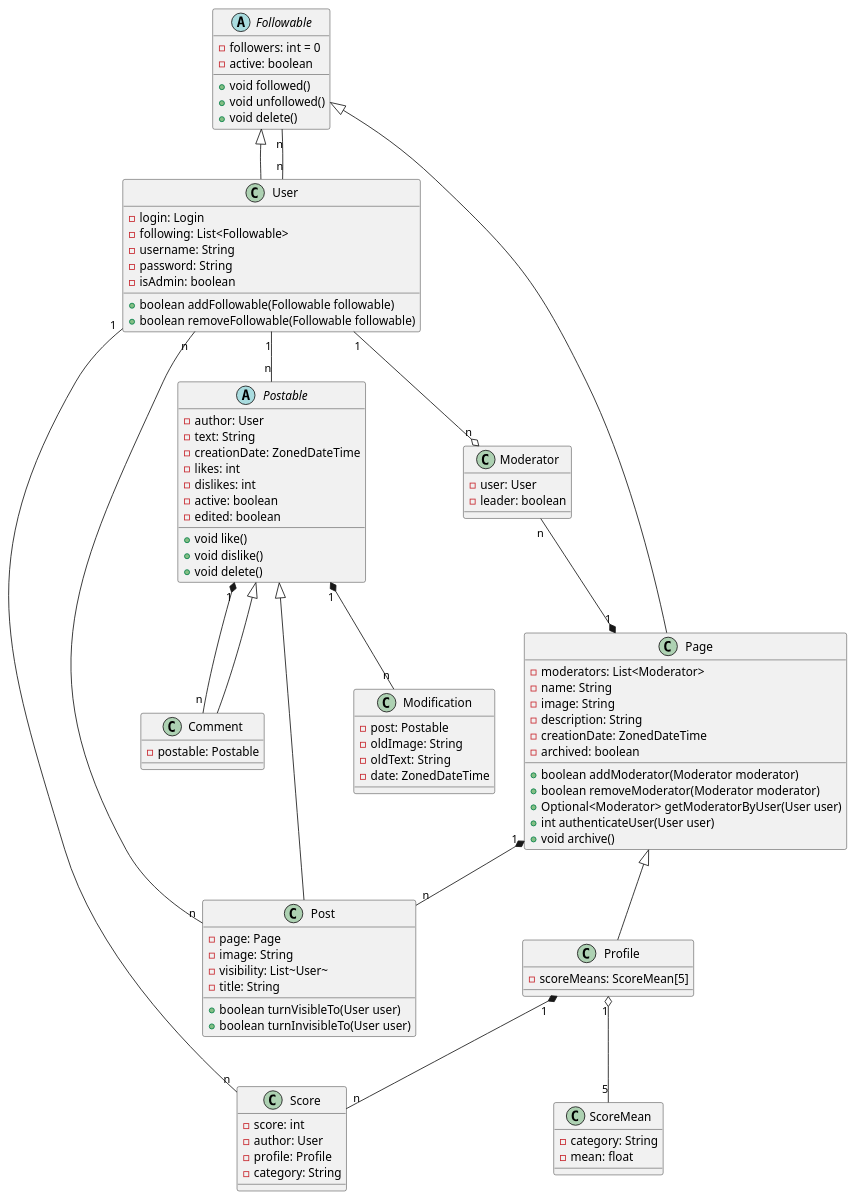
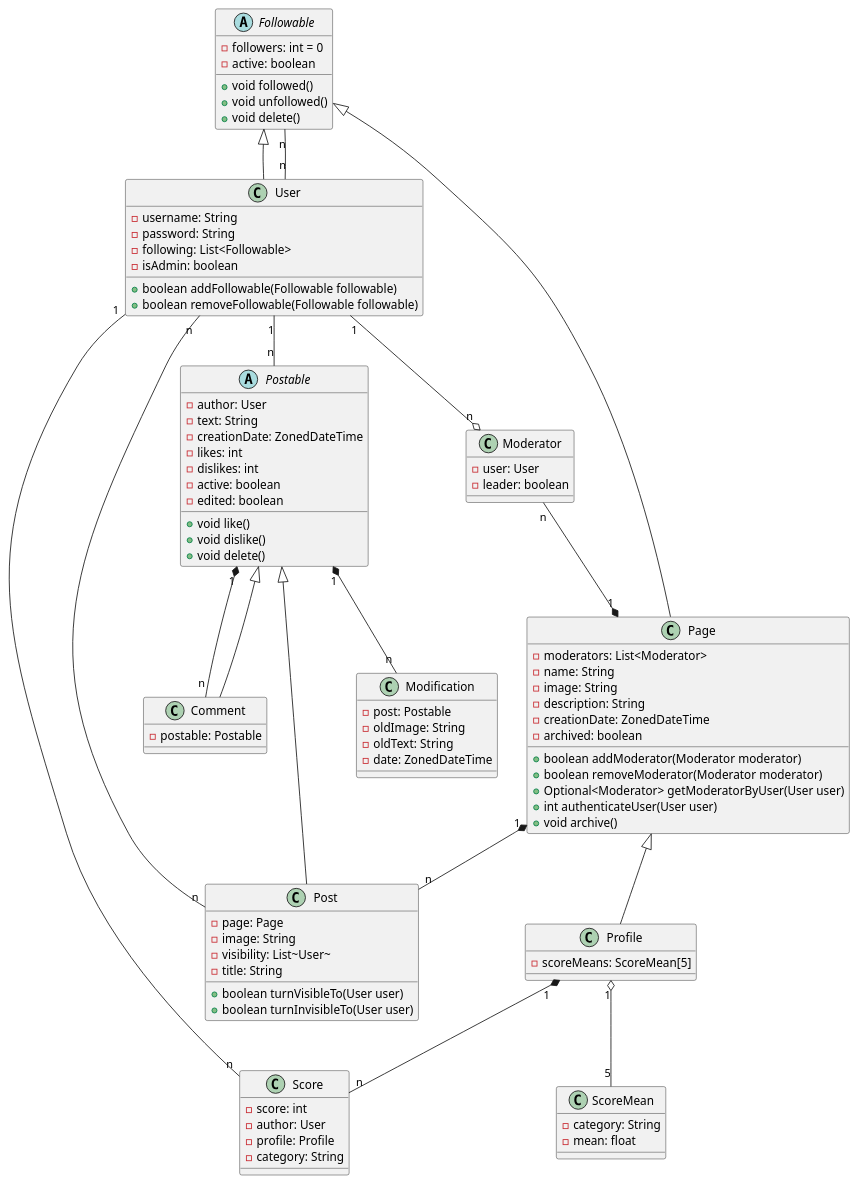
The diagram in diagrams/diagram.puml (jlvlg/Pentagon), drawn with PlantUML before and after one commit.

Commit message:
Changes to diagram

```diff
--- a/diagrams/diagram.puml
+++ b/diagrams/diagram.puml
@@ -1,93 +1,92 @@
 @startuml Classes
     class User {
-        -login: Login
-        -following: List<Followable>
         -username: String
         -password: String
+        -following: List<Followable>
         -isAdmin: boolean
         +boolean addFollowable(Followable followable)
         +boolean removeFollowable(Followable followable)
     }
     class Page {
         -moderators: List<Moderator>
         -name: String
         -image: String
         -description: String
         -creationDate: ZonedDateTime
         -archived: boolean
         +boolean addModerator(Moderator moderator)
         +boolean removeModerator(Moderator moderator)
         +Optional<Moderator> getModeratorByUser(User user)
         +int authenticateUser(User user)
         +void archive()
     }
     abstract class Followable {
         -followers: int = 0
         -active: boolean
         +void followed()
         +void unfollowed()
         +void delete()
     }
     class Profile {
         -scoreMeans: ScoreMean[5] 
     }
     abstract class Postable {
         -author: User
         -text: String
         -creationDate: ZonedDateTime
         -likes: int
         -dislikes: int
         -active: boolean
         -edited: boolean
         +void like()
         +void dislike()
         +void delete()
     }
     class Post {
         -page: Page
         -image: String
         -visibility: List~User~
         -title: String
         +boolean turnVisibleTo(User user)
         +boolean turnInvisibleTo(User user)
     }
     class Comment {
         -postable: Postable
     }
     class Modification {
         -post: Postable
         -oldImage: String
         -oldText: String
         -date: ZonedDateTime
     }
     class Score {
         -score: int
         -author: User
         -profile: Profile
         -category: String
     }
     class Moderator {
         -user: User
         -leader: boolean
     }
     class ScoreMean {
         -category: String
         -mean: float
     }
     Followable <|-- User
     Followable <|-- Page
     Followable "n" -- "n" User
     User "1" -- "n" Postable
     User "1" --o "n" Moderator
     User "1" -- "n" Score
     Moderator "n" --* "1" Page
     Page "1" *-- "n" Post
     Postable "1" *-- "n" Modification
     Postable "1" *-- "n" Comment
     Profile "1" *-- "n" Score
     User "n" -- "n" Post
     Profile "1" o-- "5" ScoreMean
     Page <|-- Profile
     Postable <|-- Post
     Postable <|-- Comment
 @enduml
```
